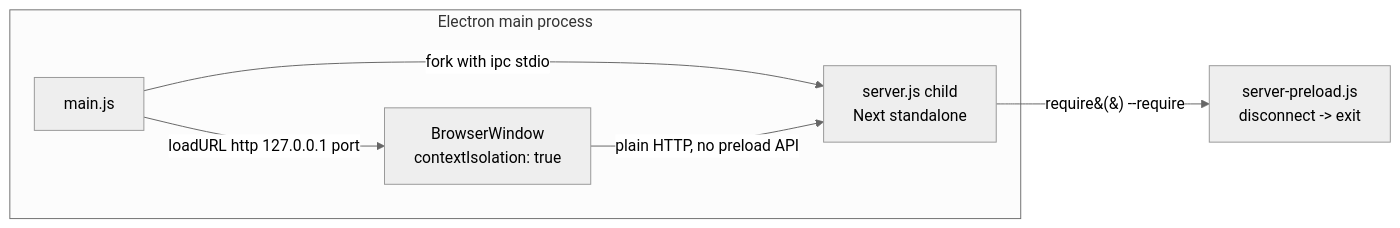
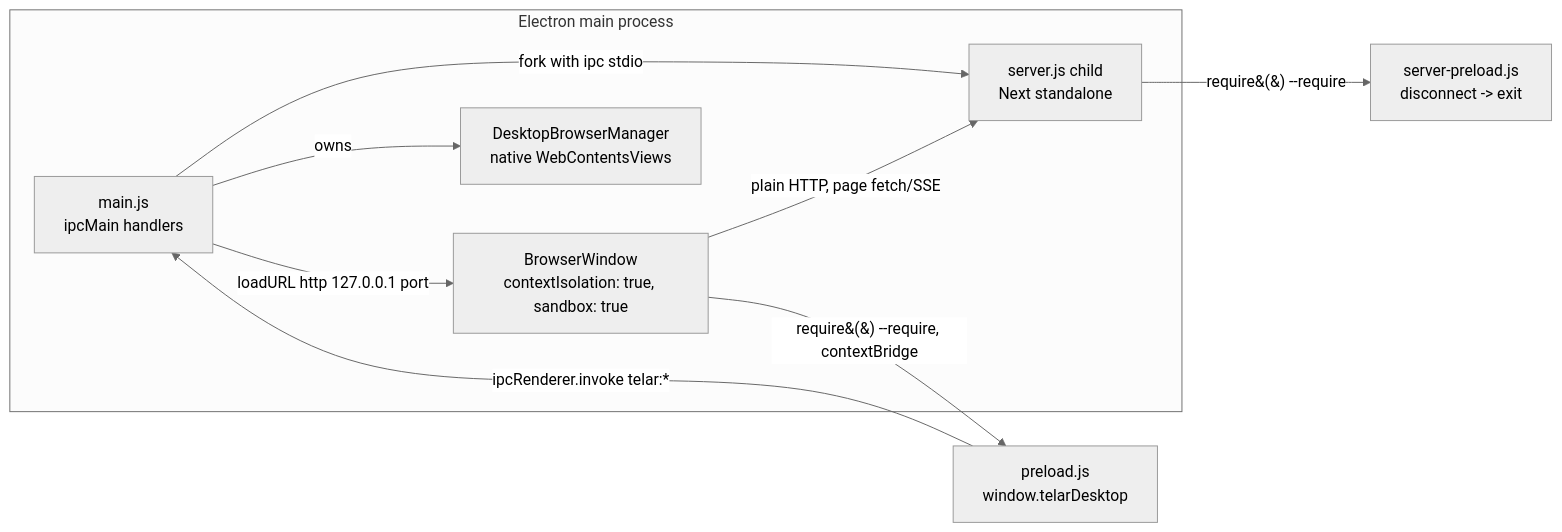
One commit to Facundo-Barbera/Telar changed the diagram in docs/architecture-desktop.md. Above: the diagram before and after it, drawn with Mermaid (neutral theme). The commit also changed other lines of this file and 4 other files, not shown here.

````diff
--- a/docs/architecture-desktop.md
+++ b/docs/architecture-desktop.md
@@ -30,9 +45,12 @@
 ```mermaid
 flowchart LR
     subgraph Electron main process
-        M[main.js] -->|fork with ipc stdio| S[server.js child<br/>Next standalone]
-        M -->|loadURL http 127.0.0.1 port| W[BrowserWindow<br/>contextIsolation: true]
+        M[main.js<br/>ipcMain handlers] -->|fork with ipc stdio| S[server.js child<br/>Next standalone]
+        M -->|loadURL http 127.0.0.1 port| W[BrowserWindow<br/>contextIsolation: true, sandbox: true]
+        M -->|owns| BM[DesktopBrowserManager<br/>native WebContentsViews]
     end
     S -->|require&#40;&#41; --require| P[server-preload.js<br/>disconnect -&gt; exit]
-    W -->|plain HTTP, no preload API| S
+    W -->|require&#40;&#41; --require, contextBridge| PL[preload.js<br/>window.telarDesktop]
+    PL -->|ipcRenderer.invoke telar:*| M
+    W -->|plain HTTP, page fetch/SSE| S
 ```
````
